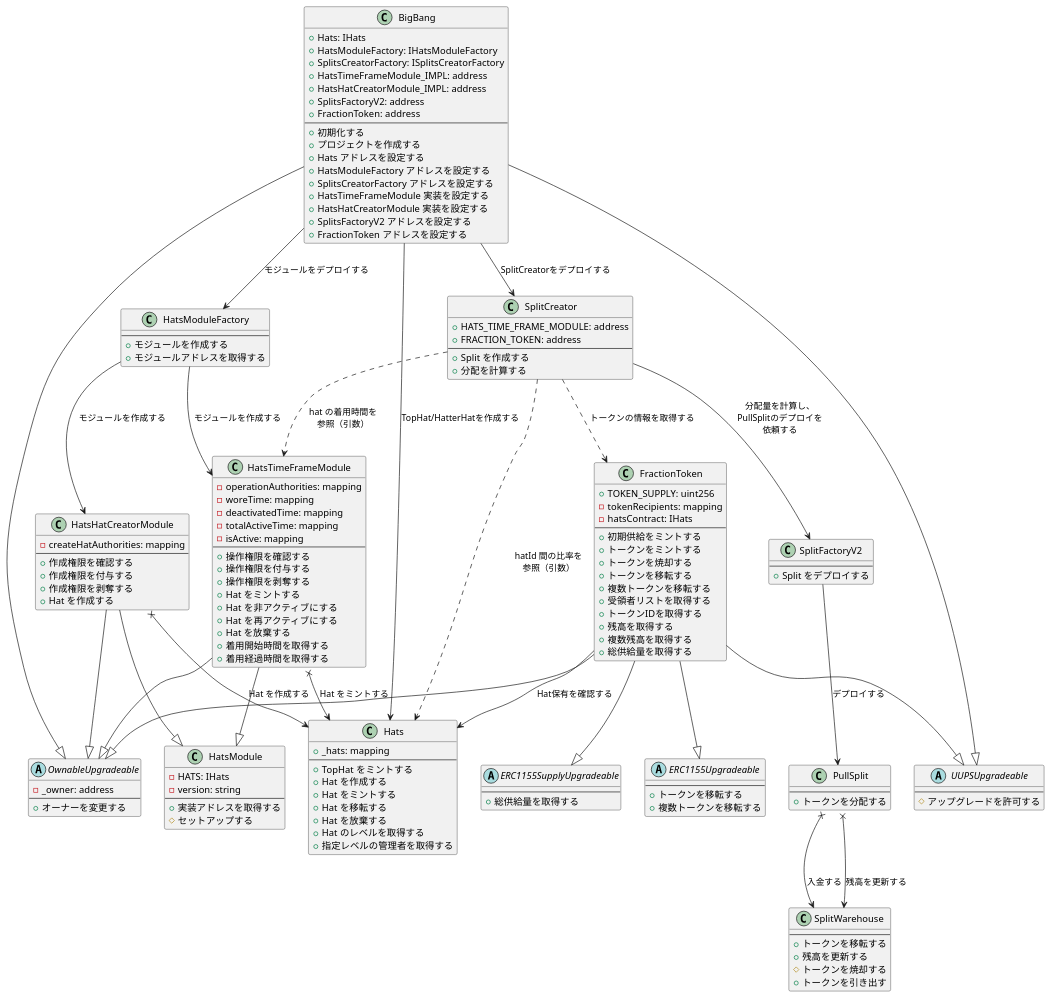
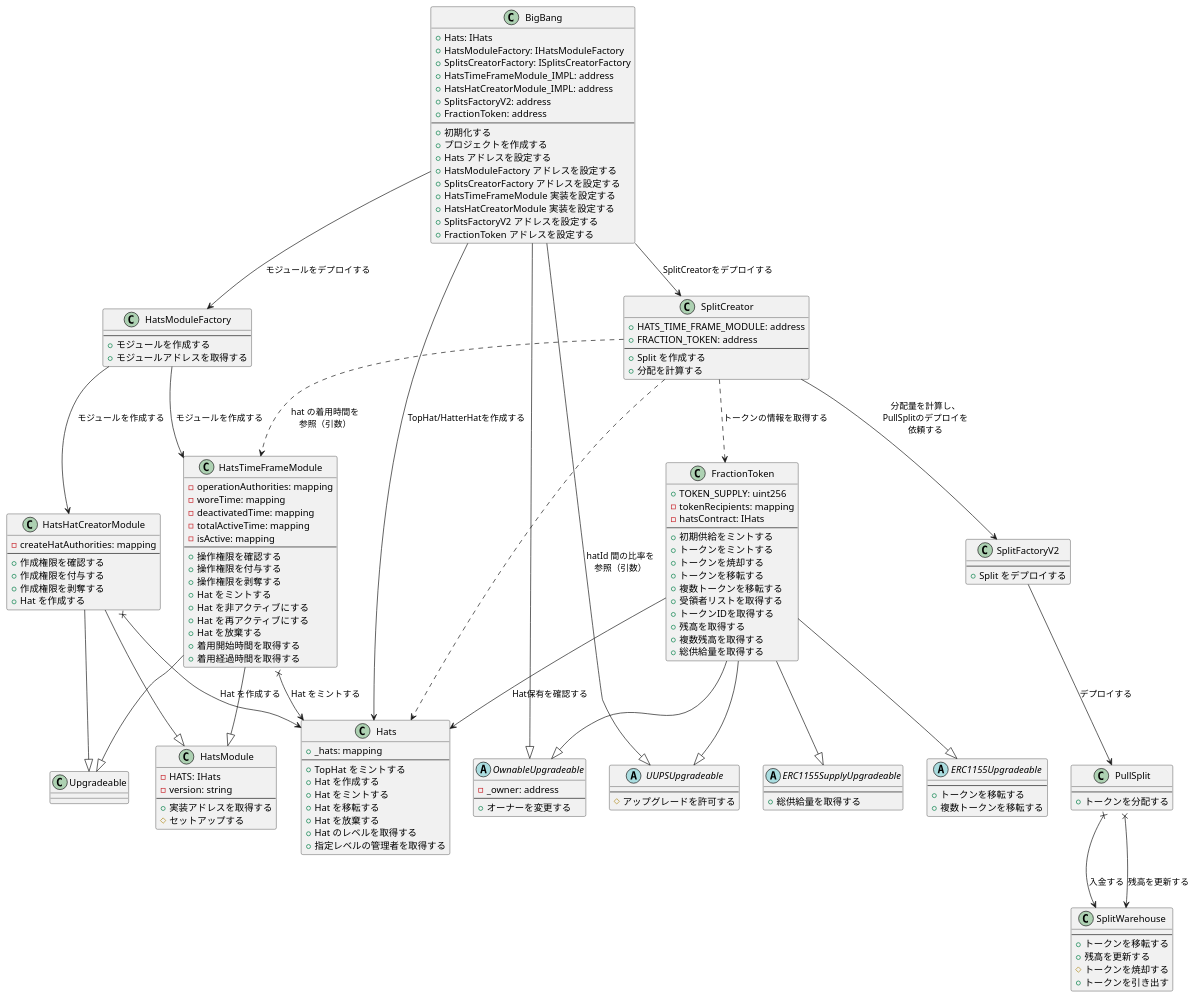
Before and after one commit to hackdays-io/toban: the diagram in docs/puml/class-v2.puml, drawn with PlantUML. The commit also changed 8 other files, not shown here.

Commit message:
removing ownerable from TimeFrame and HatsHatCreator, and fixing test

```diff
--- a/docs/puml/class-v2.puml
+++ b/docs/puml/class-v2.puml
@@ -176,10 +176,10 @@
 BigBang --|> UUPSUpgradeable
 
 HatsTimeFrameModule --|> HatsModule
-HatsTimeFrameModule --|> OwnableUpgradeable
+HatsTimeFrameModule --|> Upgradeable
 
 HatsHatCreatorModule --|> HatsModule
-HatsHatCreatorModule --|> OwnableUpgradeable
+HatsHatCreatorModule --|> Upgradeable
 
 FractionToken --|> ERC1155Upgradeable
 FractionToken --|> ERC1155SupplyUpgradeable
```
